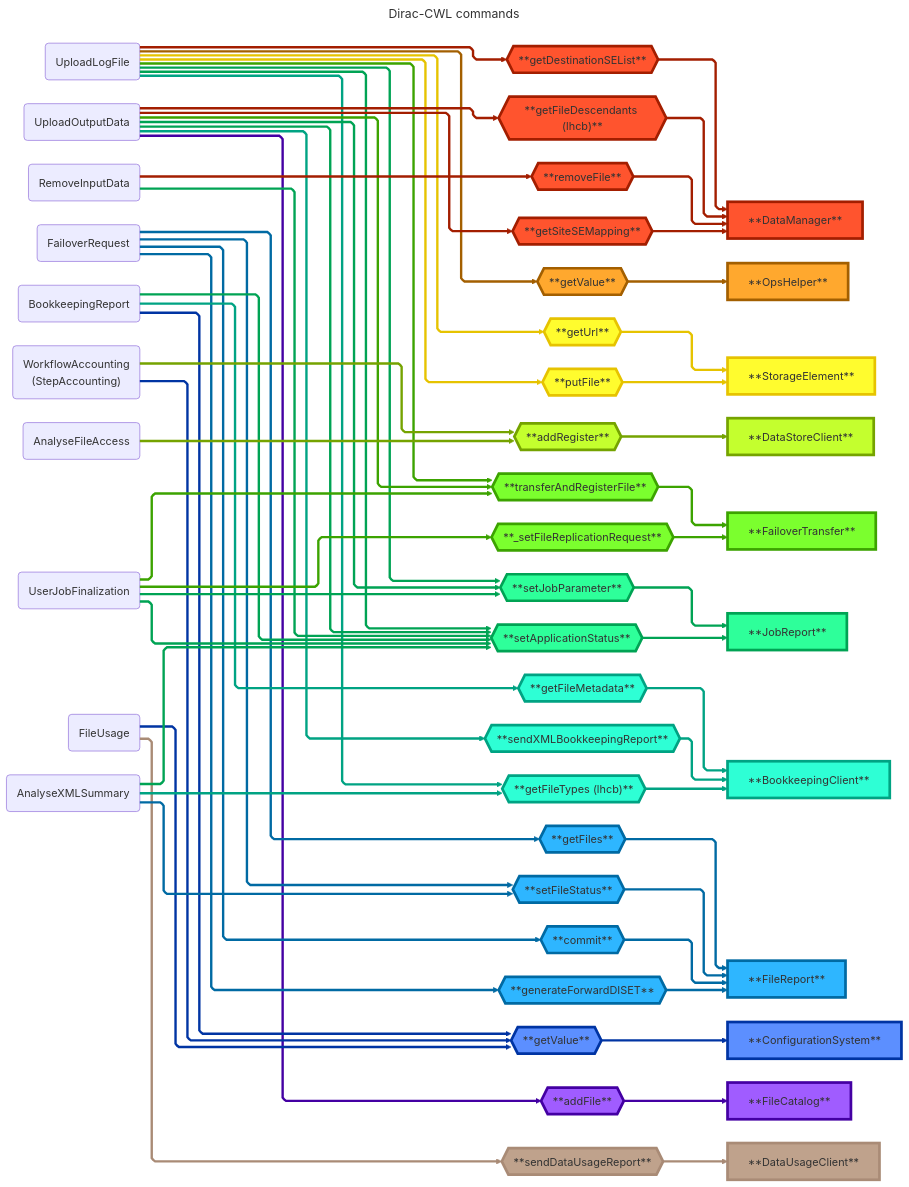
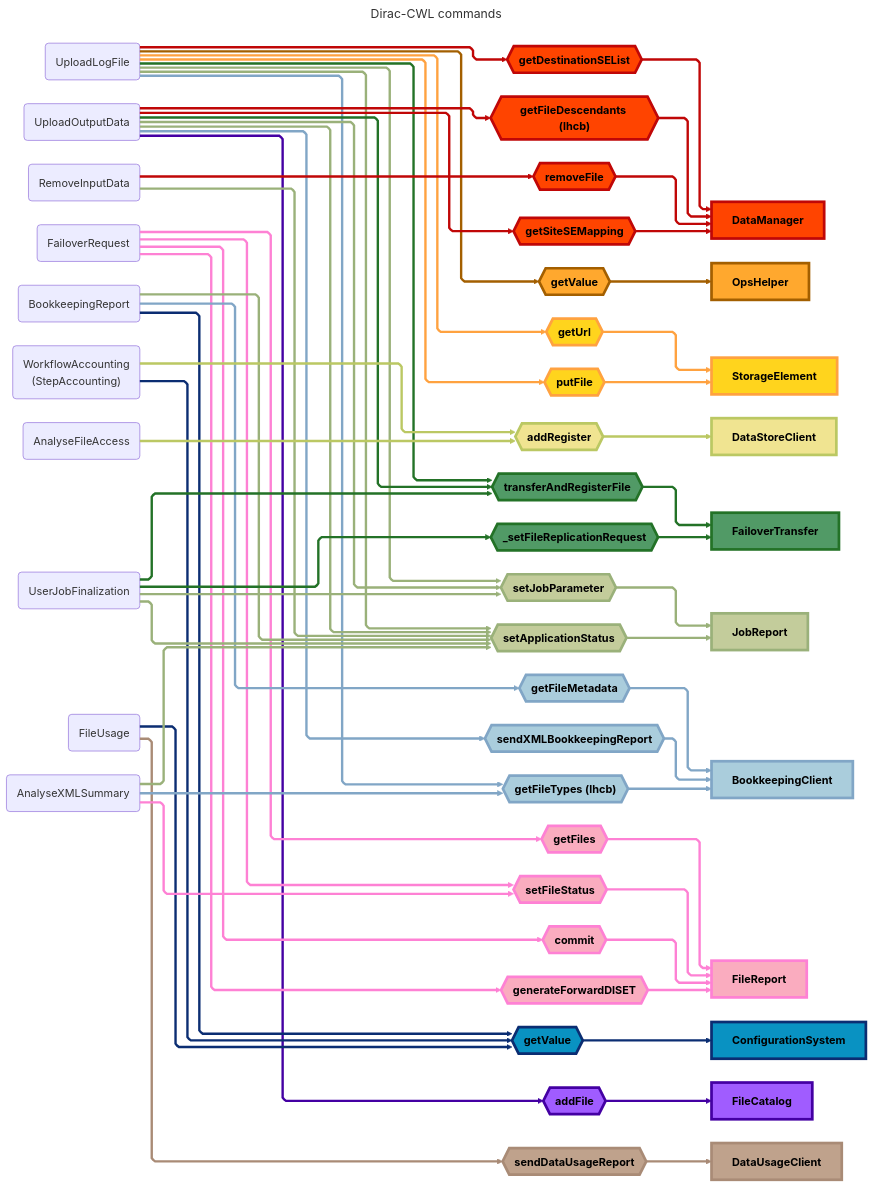
Before and after one commit to DIRACGrid/dirac-cwl: the fifth of 5 diagrams in docs/design/lhcb-workflows.md, drawn with Mermaid. The commit also changed other lines of this file, not shown here.

Commit message:
chore(docs): Improve styling in lhcb command relationship flowchart

```diff
--- a/docs/design/lhcb-workflows.md
+++ b/docs/design/lhcb-workflows.md
@@ -258,19 +258,27 @@
     %% DataManager
     %% ======================
 
-    getDestinationSEList{{**getDestinationSEList**}}
+    DataManager[DataManager]
+
+    %% Functions
+
+    getDestinationSEList{{getDestinationSEList}}
     getDestinationSEList getDestinationSEList_l@===> DataManager
-    getFileDescendants{{"**getFileDescendants (lhcb)**"}}
+
+    getFileDescendants{{"getFileDescendants (lhcb)"}}
     getFileDescendants getFileDescendants_l@===> DataManager
-    removeFile{{**removeFile**}}
+
+    removeFile{{removeFile}}
     removeFile removeFile_l@===> DataManager
-    getSiteSEMapping{{**getSiteSEMapping**}}
+
+    getSiteSEMapping{{getSiteSEMapping}}
     getSiteSEMapping getSiteSEMapping_l@===> DataManager
 
-    DataManager[**DataManager**]
+    %% Styling
 
-    classDef DataManagerLink stroke:#A31E00
-    classDef DataManagerNode fill:#FF542E,stroke:#A31E00,stroke-width:4px ;
+    classDef DataManagerLink stroke:#C00707
+    classDef DataManagerNode fill:#FF4400,stroke:#C00707,stroke-width:4px,color:black,font-weight:bold ;
+
     class DataManager,getDestinationSEList,getFileDescendants,removeFile,getSiteSEMapping DataManagerNode
     class getDestinationSEList_l,getFileDescendants_l,removeFile_l,getSiteSEMapping_l DataManagerLink
 
@@ -278,12 +286,18 @@
     %% OpsHelper
     %% ======================
 
-    getValue{{**getValue**}}
+    OpsHelper[OpsHelper]
+
+    %% Functions
+
+    getValue{{getValue}}
     getValue getValue_opsHelper_l@===> OpsHelper
-    OpsHelper[**OpsHelper**]
+
+    %% Styling
 
     classDef OpsHelperLink stroke:#A35F00
-    classDef OpsHelperNode fill:#FFA82E,stroke:#A35F00,stroke-width:4px ;
+    classDef OpsHelperNode fill:#FFA82E,stroke:#A35F00,stroke-width:4px,color:black,font-weight:bold ;
+
     class getValue,OpsHelper OpsHelperNode
     class getValue_opsHelper_l OpsHelperLink
 
@@ -291,14 +305,21 @@
     %% StorageElement
     %% ======================
 
-    getUrl{{**getUrl**}}
+    StorageElement[StorageElement]
+
+    %% Functions
+
+    getUrl{{getUrl}}
     getUrl getUrl_l@===> StorageElement
-    putFile{{**putFile**}}
+
+    putFile{{putFile}}
     putFile putFile_l@===> StorageElement
-    StorageElement[**StorageElement**]
 
-    classDef StorageElementLink stroke:#E6C300 ;
-    classDef StorageElementNode fill:#FFFC2E,stroke:#E6C300,stroke-width:4px ;
+    %% Styling
+
+    classDef StorageElementLink stroke:#FFA240 ;
+    classDef StorageElementNode fill:#FFD41D,stroke:#FFA240,stroke-width:4px,color:black,font-weight:bold ;
+
     class getUrl,putFile,StorageElement StorageElementNode
     class getUrl_l,putFile_l StorageElementLink
 
@@ -306,12 +327,18 @@
     %% DataStoreClient
     %% ======================
 
-    addRegister{{**addRegister**}}
+    DataStoreClient[DataStoreClient]
+
+    %% Functions
+
+    addRegister{{addRegister}}
     addRegister addRegister_l@===> DataStoreClient
-    DataStoreClient[**DataStoreClient**]
 
-    classDef DataStoreClientLink stroke:#75A300 ;
-    classDef DataStoreClientNode fill:#C4FF2E,stroke:#75A300,stroke-width:4px ;
+    %% Styling
+
+    classDef DataStoreClientLink stroke:#BBC863 ;
+    classDef DataStoreClientNode fill:#F0E491,stroke:#BBC863,stroke-width:4px,color:black,font-weight:bold ;
+
     class addRegister,DataStoreClient DataStoreClientNode
     class addRegister_l DataStoreClientLink
 
@@ -319,14 +346,21 @@
     %% FailoverTransfer
     %% ======================
 
-    transferAndRegisterFile{{**transferAndRegisterFile**}}
+    FailoverTransfer[FailoverTransfer]
+
+    %% Functions
+
+    transferAndRegisterFile{{transferAndRegisterFile}}
     transferAndRegisterFile transferAndRegisterFile_l@===> FailoverTransfer
-    setFileReplicationRequest{{**_setFileReplicationRequest**}}
+
+    setFileReplicationRequest{{_setFileReplicationRequest}}
     setFileReplicationRequest setFileReplicationRequest_l@===> FailoverTransfer
-    FailoverTransfer[**FailoverTransfer**]
 
-    classDef FailoverTransferLink stroke:#3CA300 ;
-    classDef FailoverTransferNode fill:#7BFF2E,stroke:#3CA300,stroke-width:4px ;
+    %% Styling
+
+    classDef FailoverTransferLink stroke:#237227 ;
+    classDef FailoverTransferNode fill:#519A66,stroke:#237227,stroke-width:4px,color:black,font-weight:bold ;
+
     class transferAndRegisterFile,setFileReplicationRequest,FailoverTransfer FailoverTransferNode
     class transferAndRegisterFile_l,setFileReplicationRequest_l FailoverTransferLink
 
@@ -334,14 +368,21 @@
     %% JobReport
     %% ======================
 
-    setJobParameter{{**setJobParameter**}}
+    JobReport[JobReport]
+
+    %% Functions
+
+    setJobParameter{{setJobParameter}}
     setJobParameter setJobParameter_l@===> JobReport
-    setApplicationStatus{{**setApplicationStatus**}}
+
+    setApplicationStatus{{setApplicationStatus}}
     setApplicationStatus setApplicationStatus_l@===> JobReport
-    JobReport[**JobReport**]
 
-    classDef JobReportLink stroke:#00A354 ;
-    classDef JobReportNode fill:#2EFF9A,stroke:#00A354,stroke-width:4px ;
+    %% Styling
+
+    classDef JobReportLink stroke:#9AB17A ;
+    classDef JobReportNode fill:#C3CC9B,stroke:#9AB17A,stroke-width:4px,color:black,font-weight:bold ;
+
     class setJobParameter,setApplicationStatus,JobReport JobReportNode
     class setJobParameter_l,setApplicationStatus_l JobReportLink
 
@@ -349,16 +390,24 @@
     %% BookkeepingClient
     %% ======================
 
-    getFileMetadata{{**getFileMetadata**}}
+    BookkeepingClient[BookkeepingClient]
+
+    %% Functions
+
+    getFileMetadata{{getFileMetadata}}
     getFileMetadata getFileMetadata_l@===> BookkeepingClient
-    sendXMLBookkeepingReport{{**sendXMLBookkeepingReport**}}
+
+    sendXMLBookkeepingReport{{sendXMLBookkeepingReport}}
     sendXMLBookkeepingReport sendXMLBookkeepingReport_l@===> BookkeepingClient
-    getFileTypes{{"**getFileTypes (lhcb)**"}}
+
+    getFileTypes{{"getFileTypes (lhcb)"}}
     getFileTypes getFileTypes_l@===> BookkeepingClient
-    BookkeepingClient[**BookkeepingClient**]
 
-    classDef BookkeepingClientLink stroke:#00A383 ;
-    classDef BookkeepingClientNode fill:#2EFFD5,stroke:#00A383,stroke-width:4px ;
+    %% Styling
+
+    classDef BookkeepingClientLink stroke:#81A6C6 ;
+    classDef BookkeepingClientNode fill:#AACDDC,stroke:#81A6C6,stroke-width:4px,color:black,font-weight:bold ;
+
     class getFileMetadata,sendXMLBookkeepingReport,getFileTypes,BookkeepingClient BookkeepingClientNode
     class getFileMetadata_l,sendXMLBookkeepingReport_l,getFileTypes_l BookkeepingClientLink
 
@@ -366,18 +415,27 @@
     %% FileReport
     %% ======================
 
-    getFiles{{**getFiles**}}
+    FileReport[FileReport]
+
+    %% Functions
+
+    getFiles{{getFiles}}
     getFiles getFiles_l@===> FileReport
-    setFileStatus{{**setFileStatus**}}
+
+    setFileStatus{{setFileStatus}}
     setFileStatus setFileStatus_l@===> FileReport
-    commit{{**commit**}}
+
+    commit{{commit}}
     commit commit_l@===> FileReport
-    generateForwardDISET{{**generateForwardDISET**}}
+
+    generateForwardDISET{{generateForwardDISET}}
     generateForwardDISET generateForwardDISET_l@===> FileReport
-    FileReport[**FileReport**]
 
-    classDef FileReportLink stroke:#006AA3 ;
-    classDef FileReportNode fill:#2EB6FF,stroke:#006AA3,stroke-width:4px ;
+    %% Styling
+
+    classDef FileReportLink stroke:#FE81D4 ;
+    classDef FileReportNode fill:#FAACBF,stroke:#FE81D4,stroke-width:4px,color:black,font-weight:bold ;
+
     class getFiles,setFileStatus,commit,generateForwardDISET,FileReport FileReportNode
     class getFiles_l,setFileStatus_l,commit_l,generateForwardDISET_l FileReportLink
 
@@ -385,12 +443,18 @@
     %% ConfigurationSystem
     %% ======================
 
-    getValueGconf{{**getValue**}}
+    ConfigurationSystem[ConfigurationSystem]
+
+    %% Functions
+
+    getValueGconf{{getValue}}
     getValueGconf getValue_Gconf_l@===> ConfigurationSystem
-    ConfigurationSystem[**ConfigurationSystem**]
 
-    classDef ConfigurationSystemLink stroke:#0034A3 ;
-    classDef ConfigurationSystemNode fill:#5C8FFF,stroke:#0034A3,stroke-width:4px ;
+    %% Styling
+
+    classDef ConfigurationSystemLink stroke:#0B2D72 ;
+    classDef ConfigurationSystemNode fill:#0992C2,stroke:#0B2D72,stroke-width:4px,color:black,font-weight:bold ;
+
     class getValueGconf,ConfigurationSystem ConfigurationSystemNode
     class getValue_Gconf_l ConfigurationSystemLink
 
@@ -398,12 +462,18 @@
     %% FileCatalog
     %% ======================
 
-    addFile{{**addFile**}}
+    FileCatalog[FileCatalog]
+
+    %% Functions
+
+    addFile{{addFile}}
     addFile addFile_l@===> FileCatalog
-    FileCatalog[**FileCatalog**]
+
+    %% Styling
 
     classDef FileCatalogLink stroke:#4400A3 ;
-    classDef FileCatalogNode fill:#A05CFF,stroke:#4400A3,stroke-width:4px ;
+    classDef FileCatalogNode fill:#A05CFF,stroke:#4400A3,stroke-width:4px,color:black,font-weight:bold ;
+
     class addFile,FileCatalog FileCatalogNode
     class addFile_l FileCatalogLink
 
@@ -411,12 +481,18 @@
     %% DataUsage
     %% ======================
 
-    sendDataUsageReport{{**sendDataUsageReport**}}
+    DataUsageClient[DataUsageClient]
+
+    %% Functions
+
+    sendDataUsageReport{{sendDataUsageReport}}
     sendDataUsageReport sendDataUsageReport_l@===> DataUsageClient
-    DataUsageClient[**DataUsageClient**]
+
+    %% Styling
 
     classDef DataUsageClientLink stroke:#A98B76 ;
-    classDef DataUsageClientNode fill:#BFA28C,stroke:#A98B76,stroke-width:4px ;
+    classDef DataUsageClientNode fill:#BFA28C,stroke:#A98B76,stroke-width:4px,color:black,font-weight:bold ;
+
     class sendDataUsageReport,DataUsageClient DataUsageClientNode
     class sendDataUsageReport_l DataUsageClientLink
 
@@ -500,6 +576,7 @@
 
     WorkflowAccounting WorkflowAccounting_l1@===> addRegister
     WorkflowAccounting WorkflowAccounting_l2@===> getValueGconf
+
     class WorkflowAccounting_l1 DataStoreClientLink
     class WorkflowAccounting_l2 ConfigurationSystemLink
 
@@ -508,6 +585,7 @@
     AnalyseFileAccess("AnalyseFileAccess")
 
     AnalyseFileAccess AnalyseFileAccess_l1@===> addRegister
+
     class AnalyseFileAccess_l1 DataStoreClientLink
 
     %% ======================
@@ -528,6 +606,7 @@
 
     FileUsage FileUsage_l1@===> getValueGconf
     FileUsage FileUsage_l2@===> sendDataUsageReport
+
     class FileUsage_l1 ConfigurationSystemLink
     class FileUsage_l2 DataUsageClientLink
 
```
